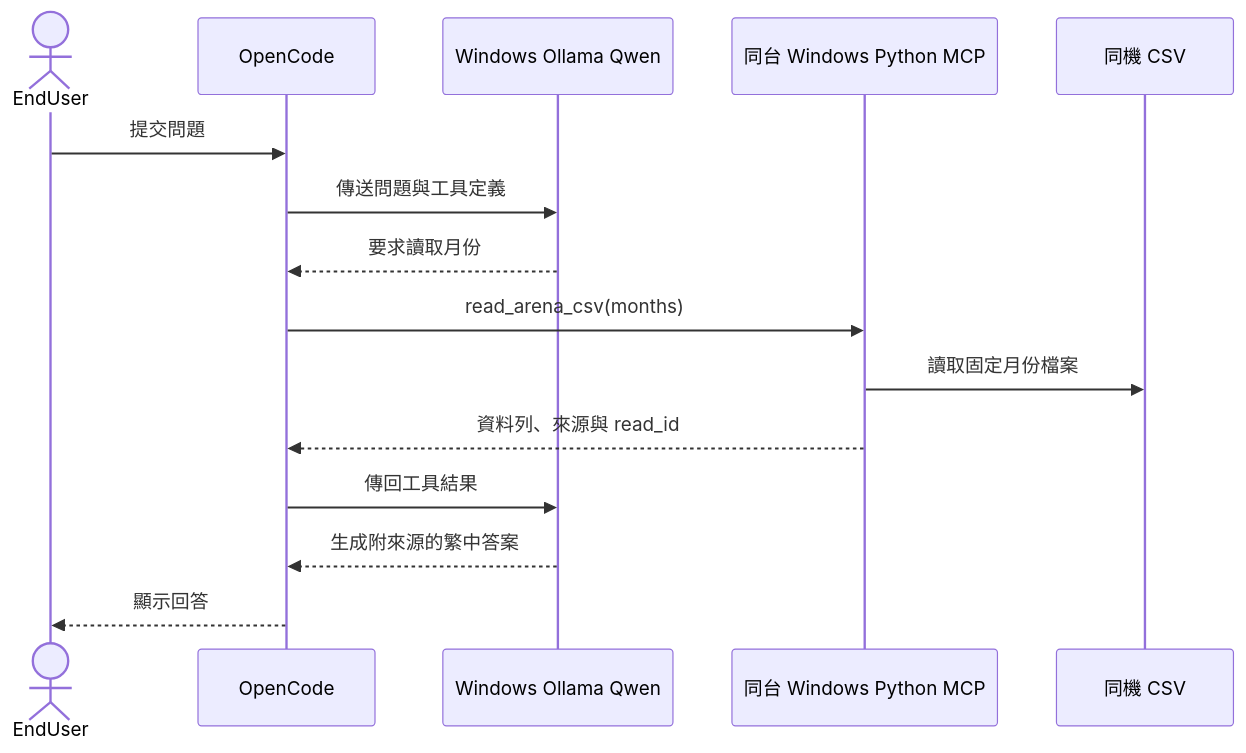
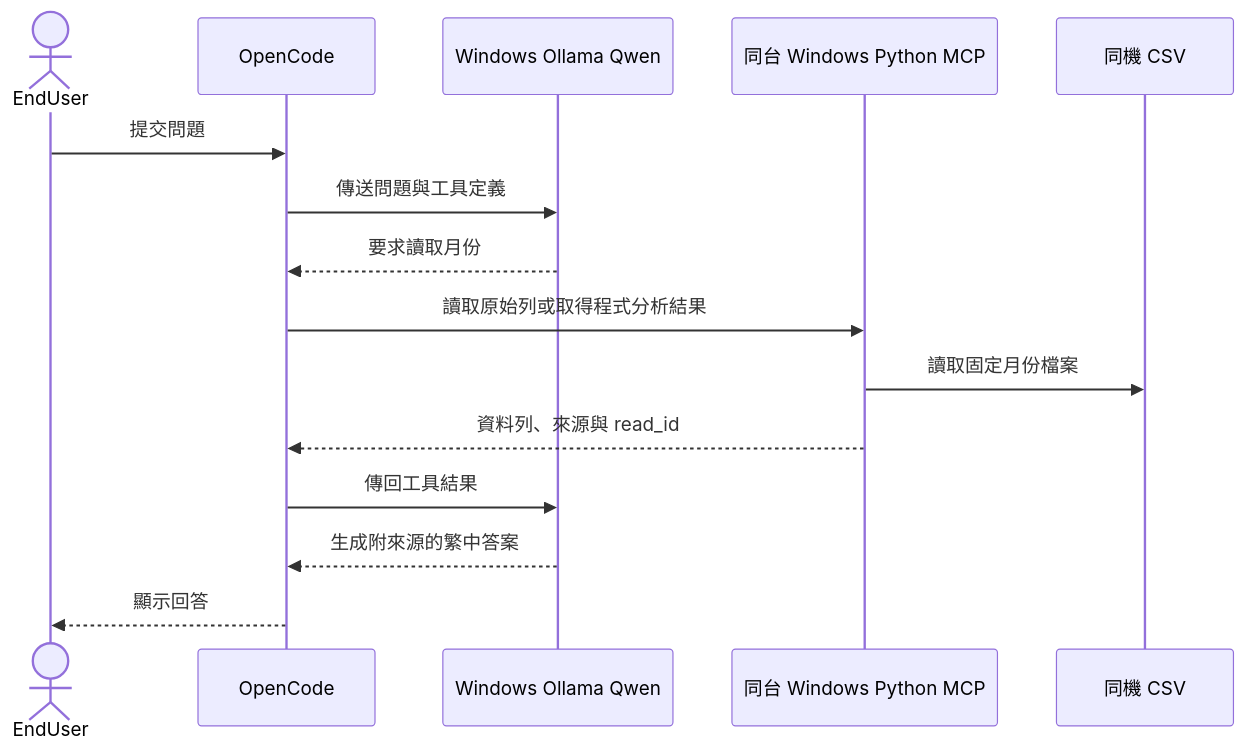
Before and after one commit to dawning-data-app/ollama-windows-poc: the diagram in docs/taipei-arena-csv-evaluation.md, drawn with Mermaid. The commit also changed other lines of this file and 6 other files, not shown here.

Commit message:
feat(arena-csv): add read-only analysis and publish sanitized acceptance results

````diff
--- a/docs/taipei-arena-csv-evaluation.md
+++ b/docs/taipei-arena-csv-evaluation.md
@@ -7,17 +7,17 @@
 ```mermaid
 sequenceDiagram
     actor U as EndUser
     participant O as OpenCode
     participant Q as Windows Ollama Qwen
     participant M as 同台 Windows Python MCP
     participant D as 同機 CSV
     U->>O: 提交問題
     O->>Q: 傳送問題與工具定義
     Q-->>O: 要求讀取月份
-    O->>M: read_arena_csv(months)
+    O->>M: 讀取原始列或取得程式分析結果
     M->>D: 讀取固定月份檔案
     M-->>O: 資料列、來源與 read_id
     O->>Q: 傳回工具結果
     Q-->>O: 生成附來源的繁中答案
     O-->>U: 顯示回答
 ```
````
